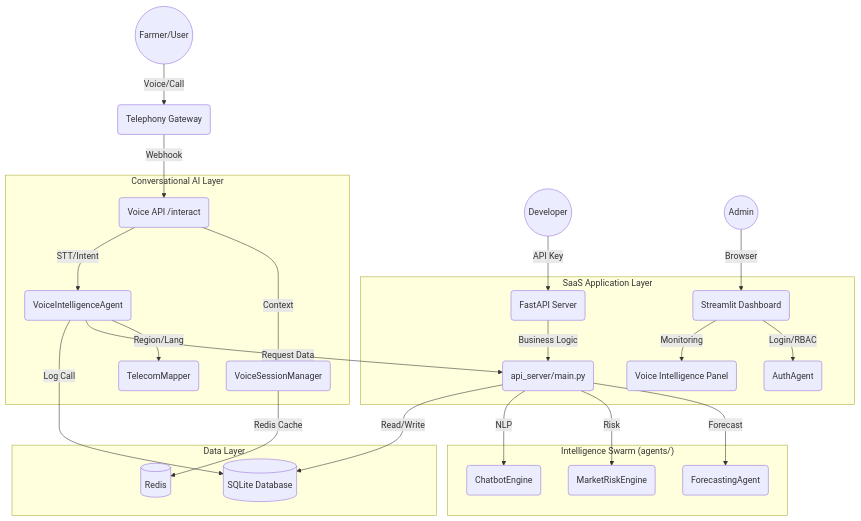
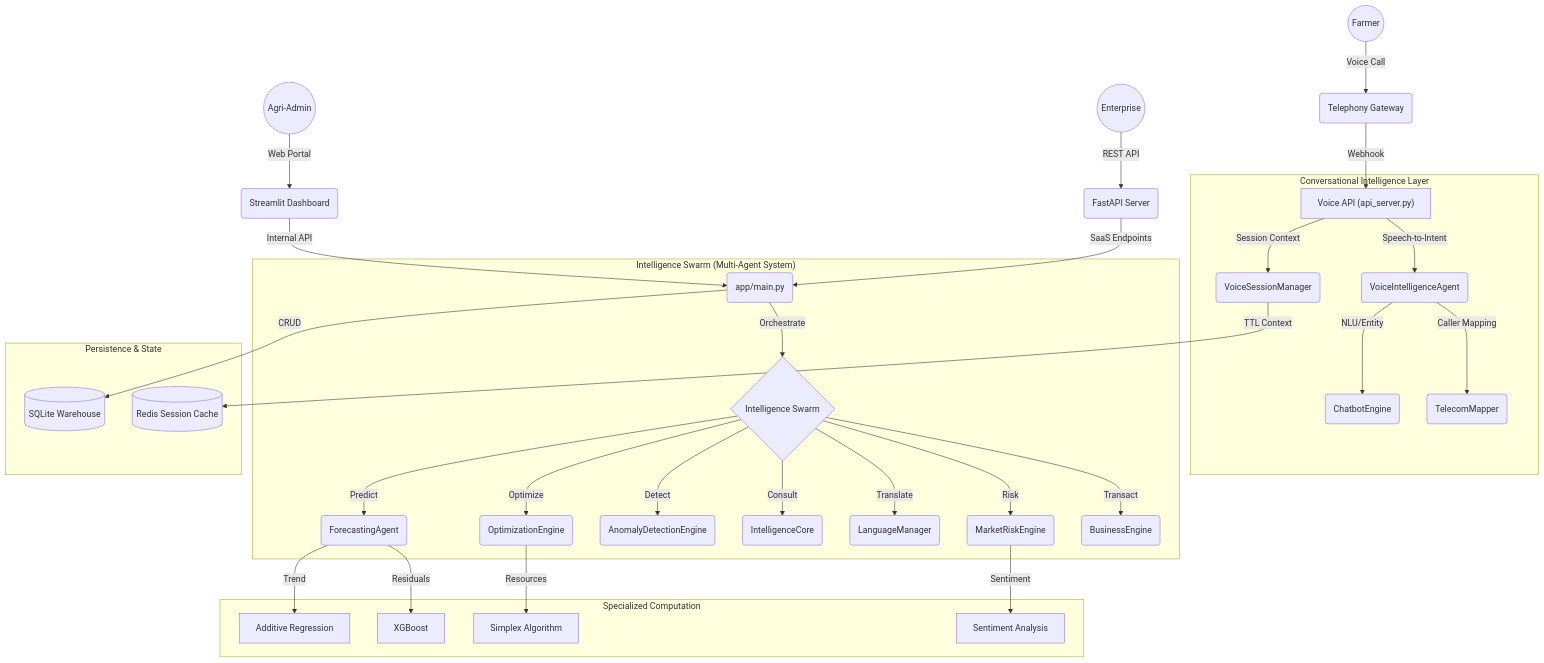
One commit to Tick2003/AgriIntel-Live changed the diagram in ARCHITECTURE.md. Above: the diagram before and after it, drawn with Mermaid. The commit also changed other lines of this file, not shown here.

Commit message:
docs: expand ARCHITECTURE.md with technical deep-dives into MMAA and math foundations

````diff
--- a/ARCHITECTURE.md
+++ b/ARCHITECTURE.md
@@ -14,33 +12,44 @@
 ```mermaid
 graph TD
-    User((Farmer/User)) -->|Voice/Call| Tel(Telephony Gateway)
-    Tel -->|Webhook| VAPI(Voice API /interact)
-    
-    API_User((Developer)) -->|API Key| FAPI(FastAPI Server)
-    Admin((Admin)) -->|Browser| UI(Streamlit Dashboard)
-    
-    subgraph "Conversational AI Layer"
-        VAPI -->|Context| SM(VoiceSessionManager)
-        VAPI -->|STT/Intent| VIntel(VoiceIntelligenceAgent)
-        VIntel -->|Region/Lang| TMap(TelecomMapper)
-    end
-    
-    subgraph "SaaS Application Layer"
-        UI -->|Login/RBAC| Auth(AuthAgent)
-        UI -->|Monitoring| VDash(Voice Intelligence Panel)
-        FAPI -->|Business Logic| Controller(api_server/main.py)
-    end
-    
-    subgraph "Intelligence Swarm (agents/)"
-        VIntel -->|Request Data| Controller
-        Controller -->|Forecast| Ag2(ForecastingAgent)
-        Controller -->|Risk| Ag3(MarketRiskEngine)
-        Controller -->|NLP| Chat(ChatbotEngine)
+    %% Entry Points
+    User((Farmer)) -->|Voice Call| TelGate(Telephony Gateway)
+    Admin((Agri-Admin)) -->|Web Portal| Streamlit(Streamlit Dashboard)
+    Dev((Enterprise)) -->|REST API| FastAPI(FastAPI Server)
+
+    %% Communication Layer
+    TelGate -->|Webhook| VoiceAPI["Voice API (api_server.py)"]
+    Streamlit -->|Internal API| CoreApp(app/main.py)
+    FastAPI -->|SaaS Endpoints| CoreApp
+
+    subgraph "Conversational Intelligence Layer"
+        VoiceAPI -->|Session Context| SM(VoiceSessionManager)
+        VoiceAPI -->|Speech-to-Intent| VIntel(VoiceIntelligenceAgent)
+        VIntel -->|NLU/Entity| Chatbot(ChatbotEngine)
+        VIntel -->|Caller Mapping| TMap(TelecomMapper)
     end
 
-    subgraph "Data Layer"
-        Controller -->|Read/Write| DB[(SQLite Database)]
-        SM -->|Redis Cache| Session[(Redis)]
-        VIntel -->|Log Call| DB
+    subgraph "Intelligence Swarm (Multi-Agent System)"
+        CoreApp -->|Orchestrate| Swarm{Intelligence Swarm}
+        Swarm -->|Predict| Forecast(ForecastingAgent)
+        Swarm -->|Risk| Risk(MarketRiskEngine)
+        Swarm -->|Detect| Shock(AnomalyDetectionEngine)
+        Swarm -->|Consult| IntelCore(IntelligenceCore)
+        Swarm -->|Translate| Lang(LanguageManager)
+        Swarm -->|Optimize| Opt(OptimizationEngine)
+        Swarm -->|Transact| Biz(BusinessEngine)
+    end
+
+    subgraph "Specialized Computation"
+        Forecast -->|Trend| Prophet[Additive Regression]
+        Forecast -->|Residuals| XGB[XGBoost]
+        Opt -->|Resources| Linear[Simplex Algorithm]
+        Risk -->|Sentiment| NLP[Sentiment Analysis]
+    end
+
+    subgraph "Persistence & State"
+        DB[(SQLite Warehouse)]
+        Redis[(Redis Session Cache)]
+        CoreApp -->|CRUD| DB
+        SM -->|TTL Context| Redis
     end
 ```
````
